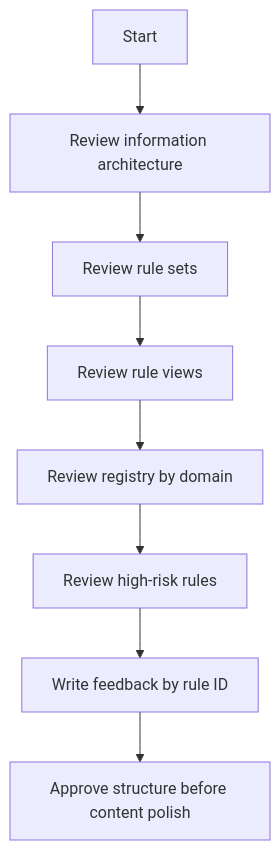
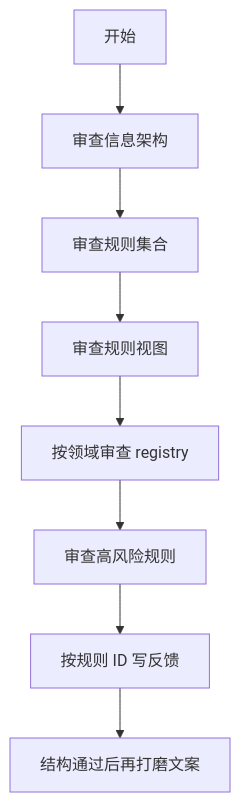
One commit to LukasChen/EFrameWork changed the sixth of 6 diagrams in tools/MaintainerAIWorkspace/AI_RULE_VISUAL_REVIEW.md. Above: the diagram before and after it, drawn with Mermaid. The commit also changed other lines of this file, not shown here.

Commit message:
Translate AI rule visual review guide

````diff
--- a/tools/MaintainerAIWorkspace/AI_RULE_VISUAL_REVIEW.md
+++ b/tools/MaintainerAIWorkspace/AI_RULE_VISUAL_REVIEW.md
@@ -189,19 +189,19 @@
 ```mermaid
 flowchart TD
-    Start["Start"]
-    IA["Review information architecture"]
-    Sets["Review rule sets"]
-    Views["Review rule views"]
-    Registry["Review registry by domain"]
-    Risks["Review high-risk rules"]
-    Feedback["Write feedback by rule ID"]
-    Done["Approve structure before content polish"]
+    Start["开始"]
+    IA["审查信息架构"]
+    Sets["审查规则集合"]
+    Views["审查规则视图"]
+    Registry["按领域审查 registry"]
+    Risks["审查高风险规则"]
+    Feedback["按规则 ID 写反馈"]
+    Done["结构通过后再打磨文案"]
 
     Start --> IA
     IA --> Sets
     Sets --> Views
     Views --> Registry
     Registry --> Risks
     Risks --> Feedback
     Feedback --> Done
 ```
````
